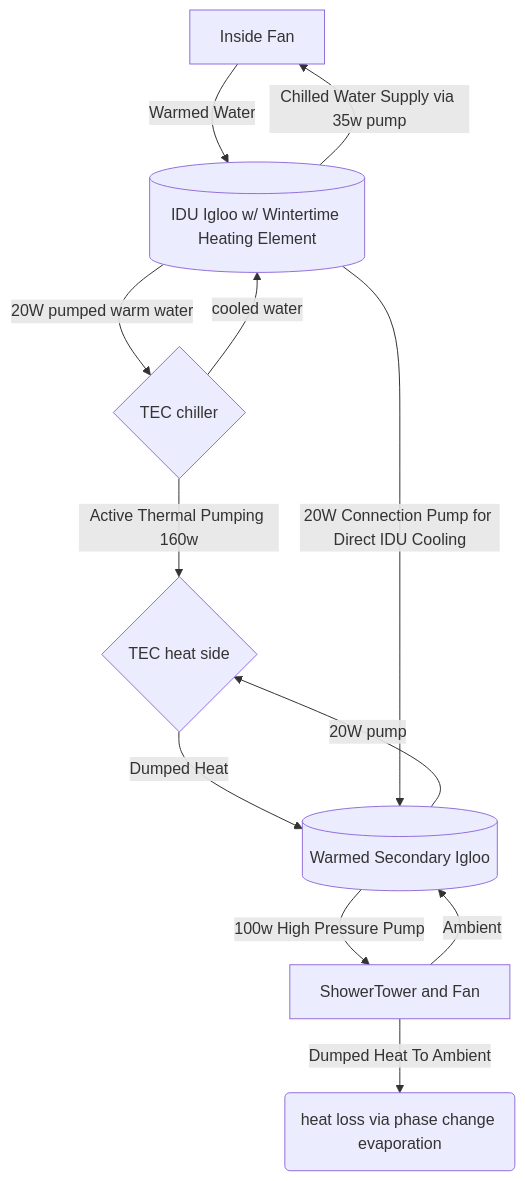
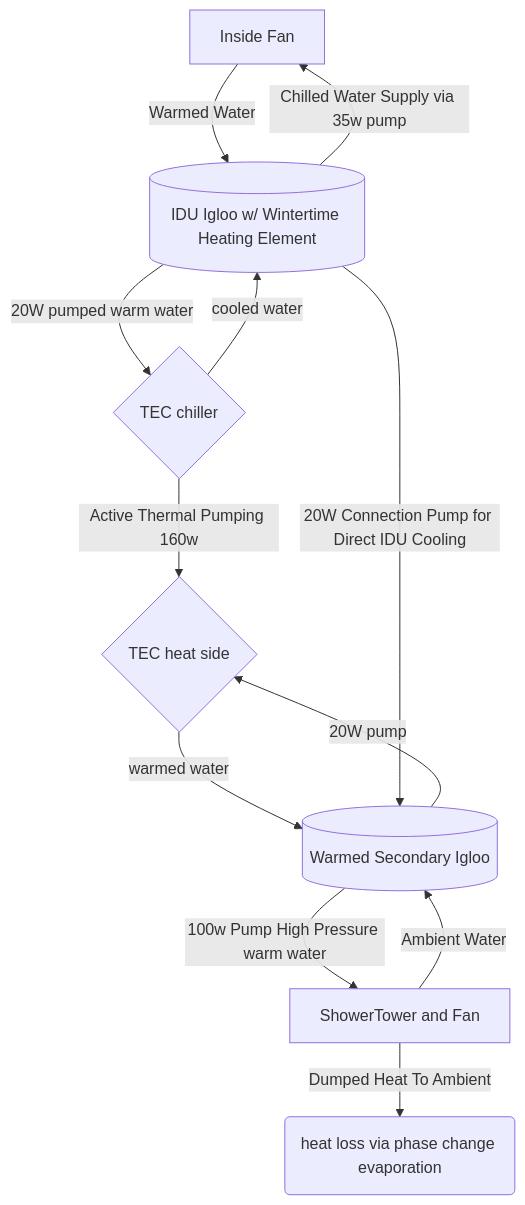
One commit to ericdmoore/casitaAzul changed the diagram in src/cooling/readme.md. Above: the diagram before and after it, drawn with Mermaid.

Commit message:
diagram updates.15

````diff
--- a/src/cooling/readme.md
+++ b/src/cooling/readme.md
@@ -36,15 +36,15 @@
 ```mermaid
 flowchart TD
    IDU[Inside Fan] -->|Warmed Water| IDUtub[(IDU Igloo w/ Wintertime Heating Element)]
    IDUtub -->|Chilled Water Supply via 35w pump| IDU
    IDUtub -->|20W pumped warm water | TECcold{TEC chiller}
    TECcold --> |cooled water| IDUtub
    TECcold --> |Active Thermal Pumping 160w| TEChot{TEC heat side}
    ODUtub[(Warmed Secondary Igloo)] -->|20W pump| TEChot
-   TEChot -->|Dumped Heat| ODUtub
-   ODUtub --> |100w High Pressure Pump| ShowerTower[ShowerTower and Fan]
-   ShowerTower --> |Ambient| ODUtub
+   TEChot -->|warmed water| ODUtub
+   ODUtub --> |100w Pump High Pressure warm water| ShowerTower[ShowerTower and Fan]
+   ShowerTower --> |Ambient Water| ODUtub
    ShowerTower --> |Dumped Heat To Ambient| air(heat loss via phase change evaporation)
 
    IDUtub -->|20W Connection Pump for Direct IDU Cooling| ODUtub
 ```
````
